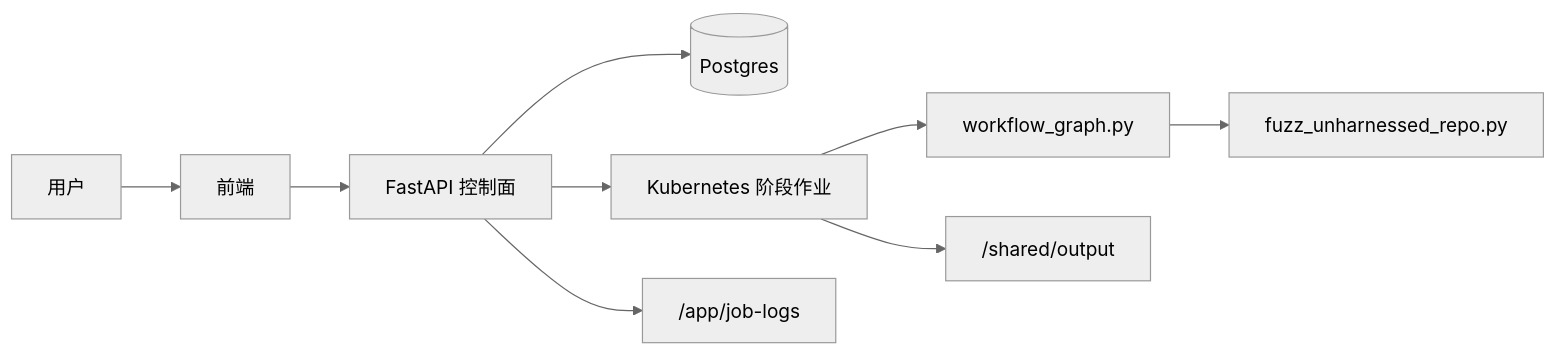
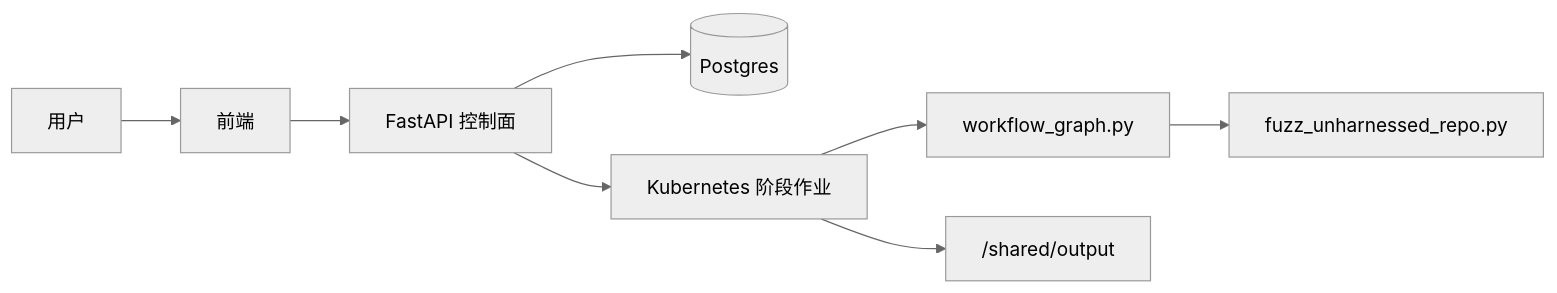
Before and after one commit to ZUENS2020/Sherpa: the first of 2 diagrams in README.md, drawn with Mermaid (neutral theme). The commit also changed other lines of this file and 30 other files, not shown here.

````diff
--- a/README.md
+++ b/README.md
@@ -19,11 +21,10 @@
 ```mermaid
 flowchart LR
   U["用户"] --> FE["前端"]
   FE --> API["FastAPI 控制面"]
   API --> DB[("Postgres")]
   API --> JOB["Kubernetes 阶段作业"]
   JOB --> WF["workflow_graph.py"]
   WF --> GEN["fuzz_unharnessed_repo.py"]
   JOB --> OUT["/shared/output"]
-  API --> LOGS["/app/job-logs"]
 ```
````
